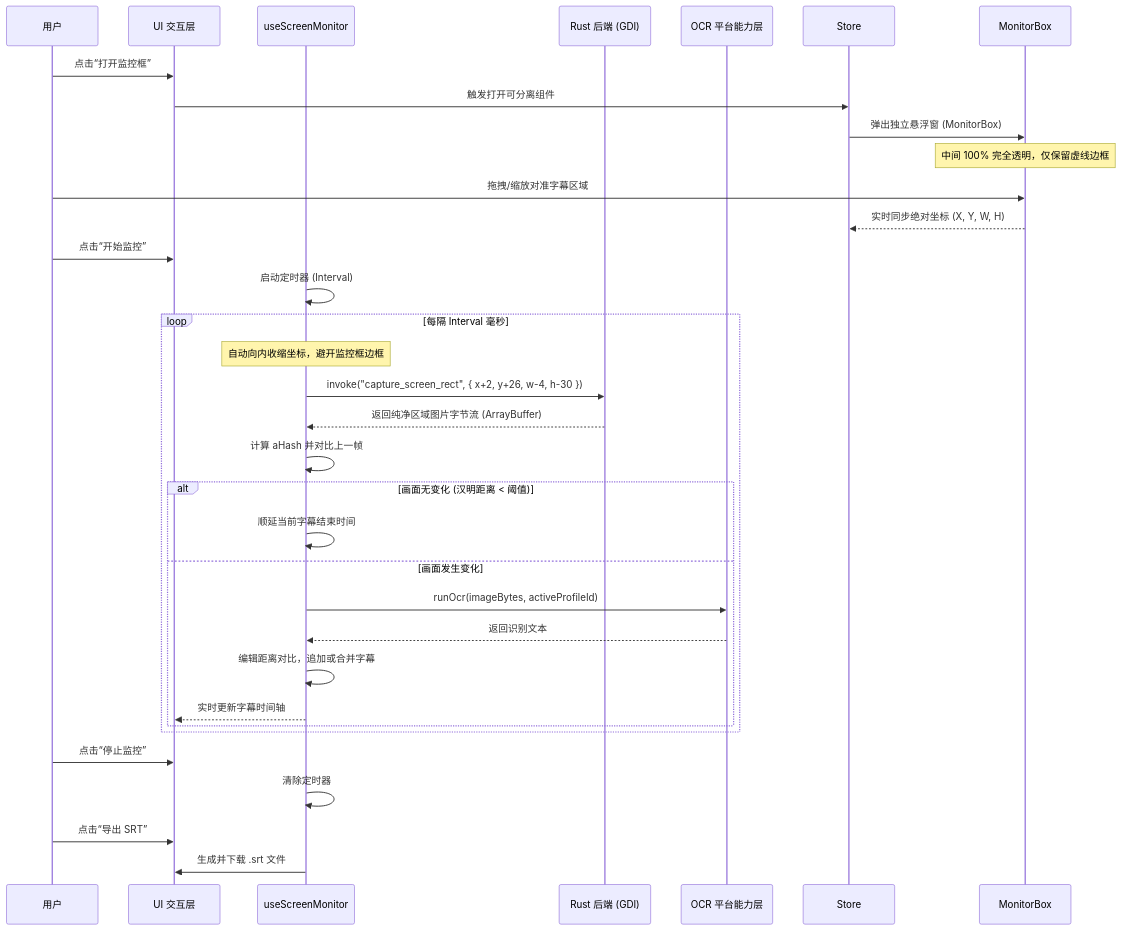
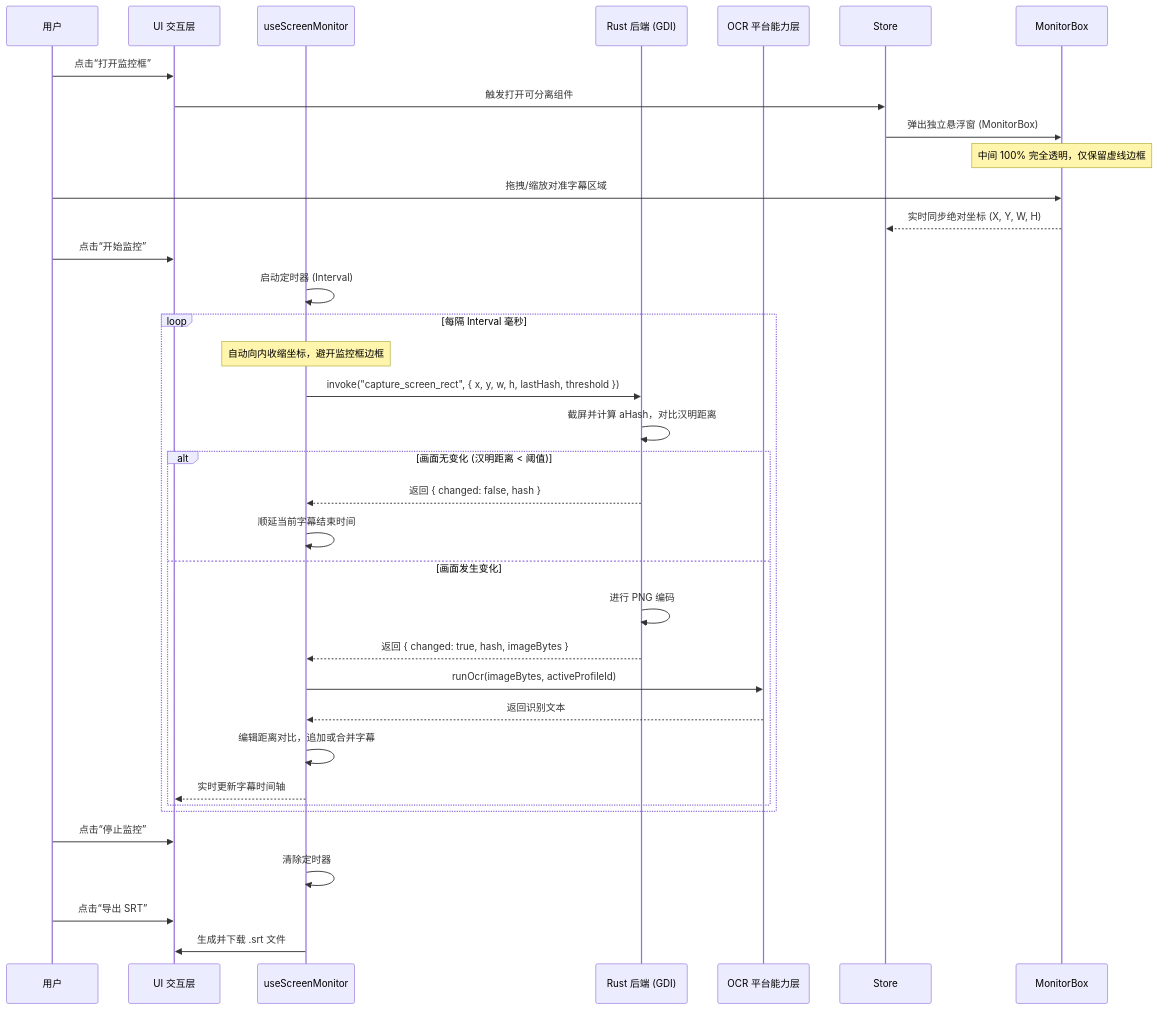
Before and after one commit to miaotouy/aio-hub: the diagram in src/tools/realtime-subtitle-ocr/ARCHITECTURE.md, drawn with Mermaid. The commit also changed other lines of this file and 4 other files, not shown here.

First line of the commit message:
feat(realtime-subtitle-ocr): 将图像去重逻辑迁移至 Rust 后端

````diff
--- a/src/tools/realtime-subtitle-ocr/ARCHITECTURE.md
+++ b/src/tools/realtime-subtitle-ocr/ARCHITECTURE.md
@@ -105,38 +105,40 @@
 ```mermaid
 sequenceDiagram
     participant User as 用户
     participant UI as UI 交互层
     participant Composable as useScreenMonitor
     participant Rust as Rust 后端 (GDI)
     participant Platform as OCR 平台能力层
 
     User->>UI: 点击“打开监控框”
     UI->>Store: 触发打开可分离组件
     Store->>MonitorBox: 弹出独立悬浮窗 (MonitorBox)
     Note over MonitorBox: 中间 100% 完全透明，仅保留虚线边框
     User->>MonitorBox: 拖拽/缩放对准字幕区域
     MonitorBox-->>Store: 实时同步绝对坐标 (X, Y, W, H)
 
     User->>UI: 点击“开始监控”
     Composable->>Composable: 启动定时器 (Interval)
 
     loop 每隔 Interval 毫秒
         Note over Composable: 自动向内收缩坐标，避开监控框边框
-        Composable->>Rust: invoke("capture_screen_rect", { x+2, y+26, w-4, h-30 })
-        Rust-->>Composable: 返回纯净区域图片字节流 (ArrayBuffer)
-        Composable->>Composable: 计算 aHash 并对比上一帧
+        Composable->>Rust: invoke("capture_screen_rect", { x, y, w, h, lastHash, threshold })
+        Rust->>Rust: 截屏并计算 aHash，对比汉明距离
         alt 画面无变化 (汉明距离 < 阈值)
+            Rust-->>Composable: 返回 { changed: false, hash }
             Composable->>Composable: 顺延当前字幕结束时间
         else 画面发生变化
+            Rust->>Rust: 进行 PNG 编码
+            Rust-->>Composable: 返回 { changed: true, hash, imageBytes }
             Composable->>Platform: runOcr(imageBytes, activeProfileId)
             Platform-->>Composable: 返回识别文本
             Composable->>Composable: 编辑距离对比，追加或合并字幕
             Composable-->>UI: 实时更新字幕时间轴
         end
     end
 
     User->>UI: 点击“停止监控”
     Composable->>Composable: 清除定时器
     User->>UI: 点击“导出 SRT”
     Composable->>UI: 生成并下载 .srt 文件
 ```
````
